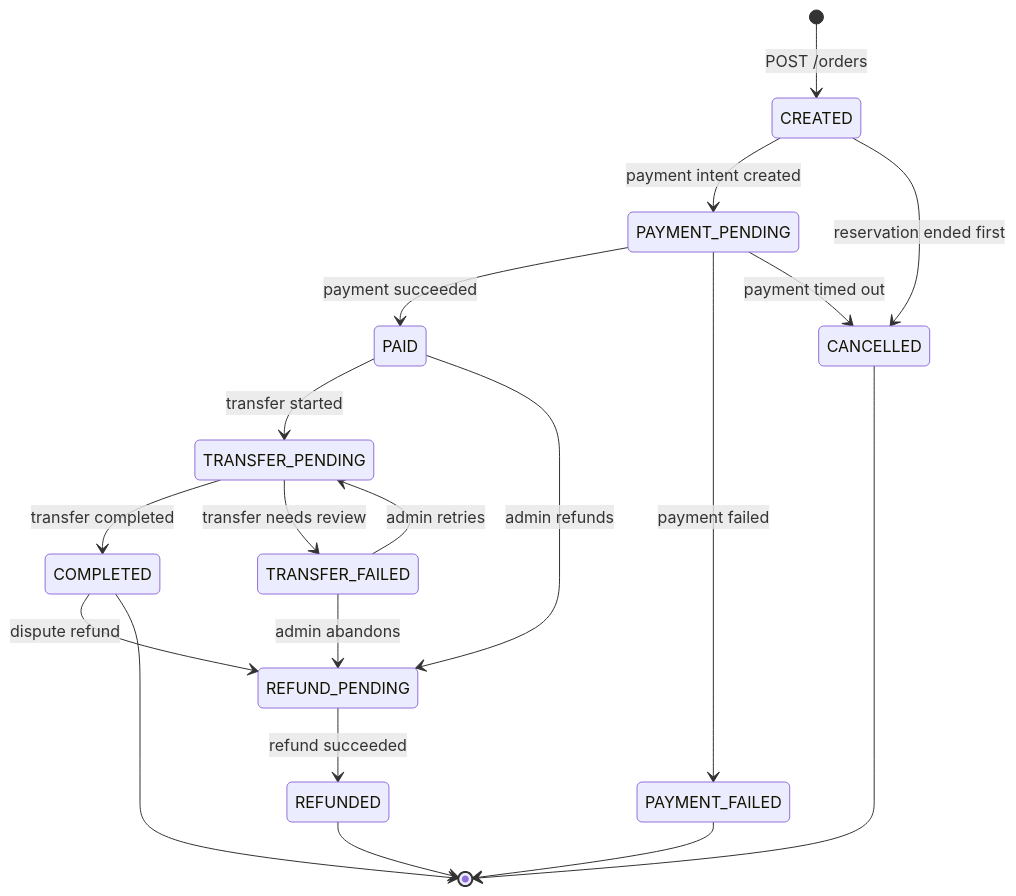
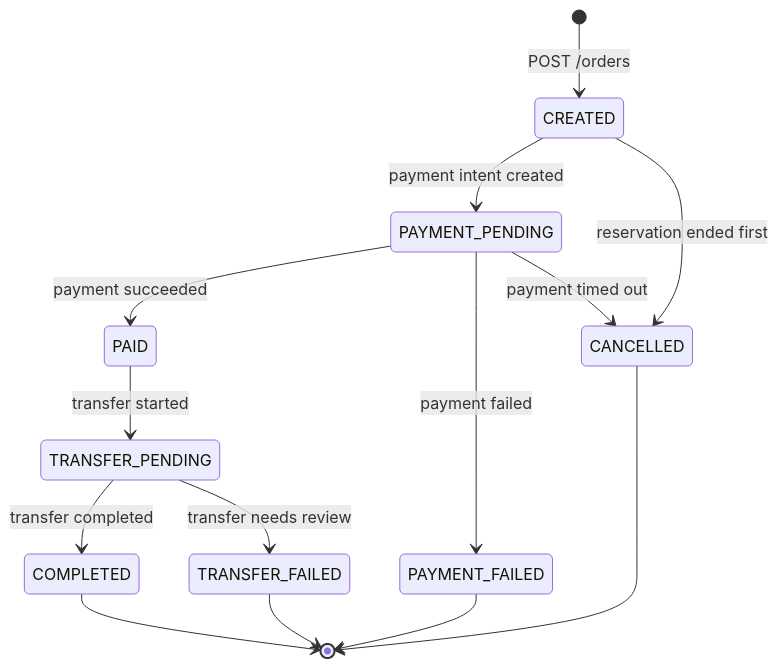
One commit to asw-beep/TicketLoop changed the third of 5 diagrams in docs/state-machines.md. Above: the diagram before and after it, drawn with Mermaid. The commit also changed other lines of this file and 11 other files, not shown here.

First line of the commit message:
Plan: slim the roadmap to seven modules

````diff
--- a/docs/state-machines.md
+++ b/docs/state-machines.md
@@ -164,21 +133,16 @@
 ```mermaid
 stateDiagram-v2
     [*] --> CREATED: POST /orders
     CREATED --> PAYMENT_PENDING: payment intent created
     CREATED --> CANCELLED: reservation ended first
     PAYMENT_PENDING --> PAID: payment succeeded
     PAYMENT_PENDING --> PAYMENT_FAILED: payment failed
     PAYMENT_PENDING --> CANCELLED: payment timed out
     PAID --> TRANSFER_PENDING: transfer started
-    PAID --> REFUND_PENDING: admin refunds
     TRANSFER_PENDING --> COMPLETED: transfer completed
     TRANSFER_PENDING --> TRANSFER_FAILED: transfer needs review
-    TRANSFER_FAILED --> TRANSFER_PENDING: admin retries
-    TRANSFER_FAILED --> REFUND_PENDING: admin abandons
-    COMPLETED --> REFUND_PENDING: dispute refund
-    REFUND_PENDING --> REFUNDED: refund succeeded
     COMPLETED --> [*]
-    REFUNDED --> [*]
+    TRANSFER_FAILED --> [*]
     PAYMENT_FAILED --> [*]
     CANCELLED --> [*]
 ```
````
